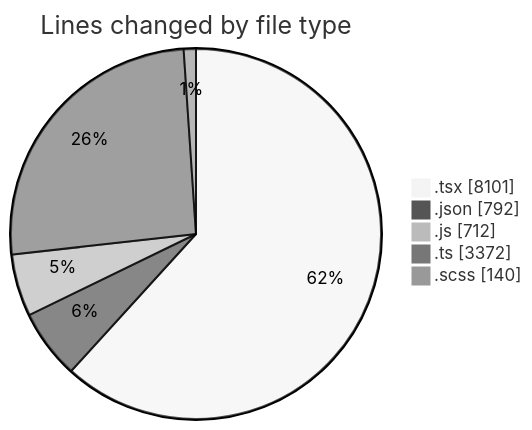
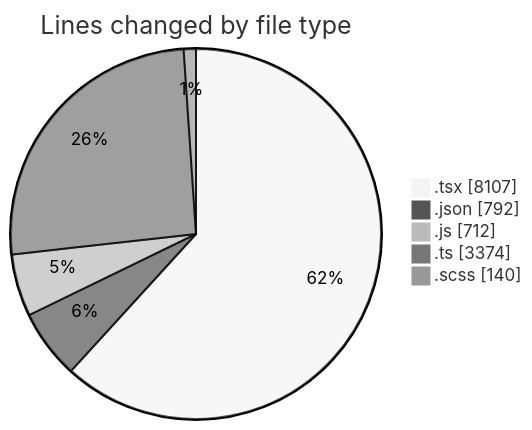
Before and after one commit to momahboobian/code-tracking: the first of 2 diagrams in 2026-08-07/cda/README.md, drawn with Mermaid (neutral theme). The commit also changed other lines of this file and 1 other file, not shown here.

````diff
--- a/2026-08-07/cda/README.md
+++ b/2026-08-07/cda/README.md
@@ -35,9 +36,9 @@
 ```mermaid
 pie showData
 title Lines changed by file type
-".tsx" : 8101
+".tsx" : 8107
 ".json" : 792
 ".js" : 712
-".ts" : 3372
+".ts" : 3374
 ".scss" : 140
 ```
````
